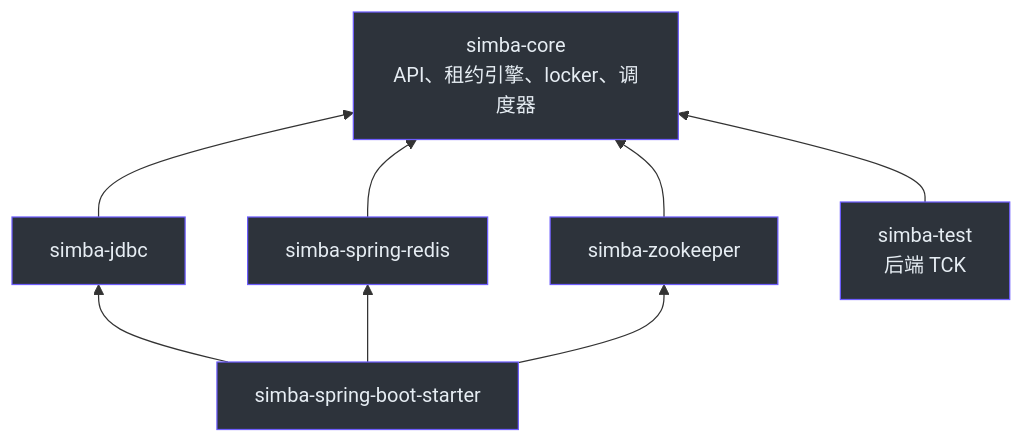
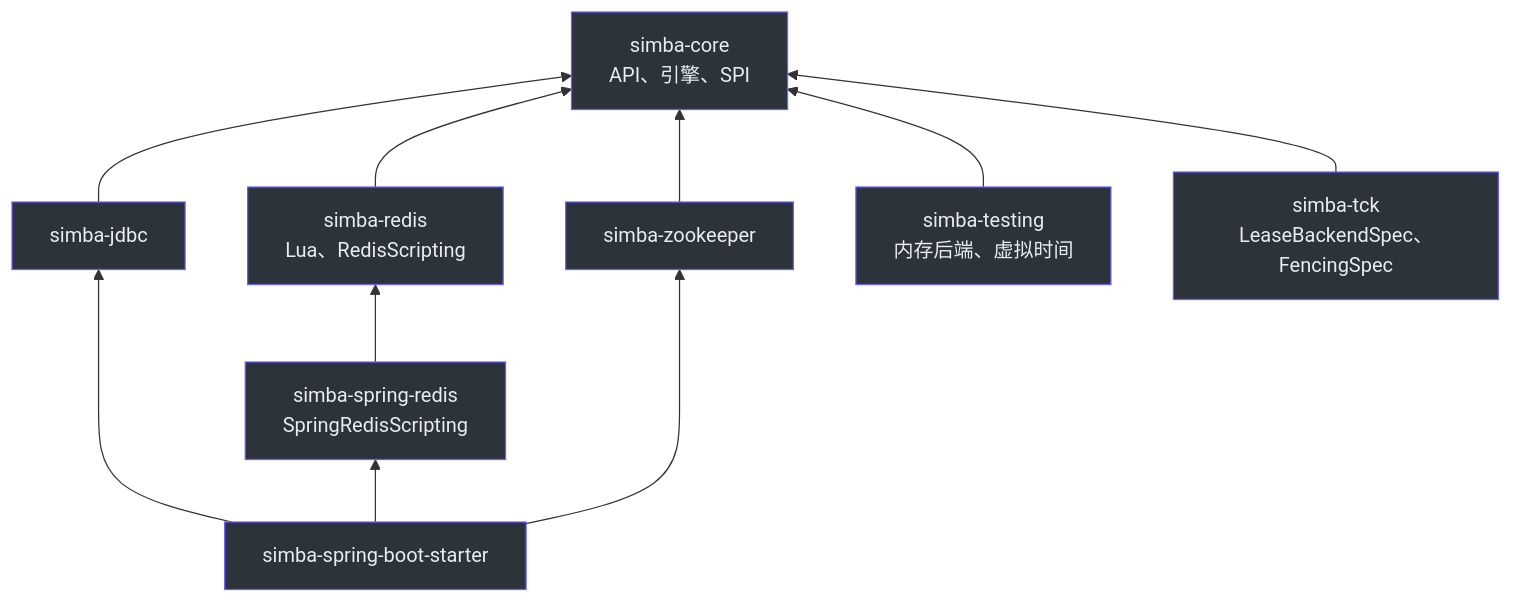
Before and after one commit to Ahoo-Wang/Simba: the first of 2 diagrams in wiki/zh/architecture/index.md, drawn with Mermaid. The commit also changed other lines of this file and 45 other files, not shown here.

````diff
--- a/wiki/zh/architecture/index.md
+++ b/wiki/zh/architecture/index.md
@@ -13,22 +13,28 @@
 ```mermaid
 graph BT
-    core["simba-core<br>API、租约引擎、locker、调度器"]
+    core["simba-core<br>API、引擎、SPI"]
     jdbc["simba-jdbc"]
-    redis["simba-spring-redis"]
+    redis["simba-redis<br>Lua、RedisScripting"]
+    sredis["simba-spring-redis<br>SpringRedisScripting"]
     zk["simba-zookeeper"]
     starter["simba-spring-boot-starter"]
-    tck["simba-test<br>后端 TCK"]
+    testing["simba-testing<br>内存后端、虚拟时间"]
+    tck["simba-tck<br>LeaseBackendSpec、FencingSpec"]
     jdbc --> core
     redis --> core
+    sredis --> redis
     zk --> core
     starter --> jdbc
-    starter --> redis
+    starter --> sredis
     starter --> zk
+    testing --> core
     tck --> core
     style core fill:#2d333b,stroke:#6d5dfc,color:#e6edf3
     style jdbc fill:#2d333b,stroke:#6d5dfc,color:#e6edf3
     style redis fill:#2d333b,stroke:#6d5dfc,color:#e6edf3
+    style sredis fill:#2d333b,stroke:#6d5dfc,color:#e6edf3
     style zk fill:#2d333b,stroke:#6d5dfc,color:#e6edf3
     style starter fill:#2d333b,stroke:#6d5dfc,color:#e6edf3
+    style testing fill:#2d333b,stroke:#6d5dfc,color:#e6edf3
     style tck fill:#2d333b,stroke:#6d5dfc,color:#e6edf3
 ```
````
